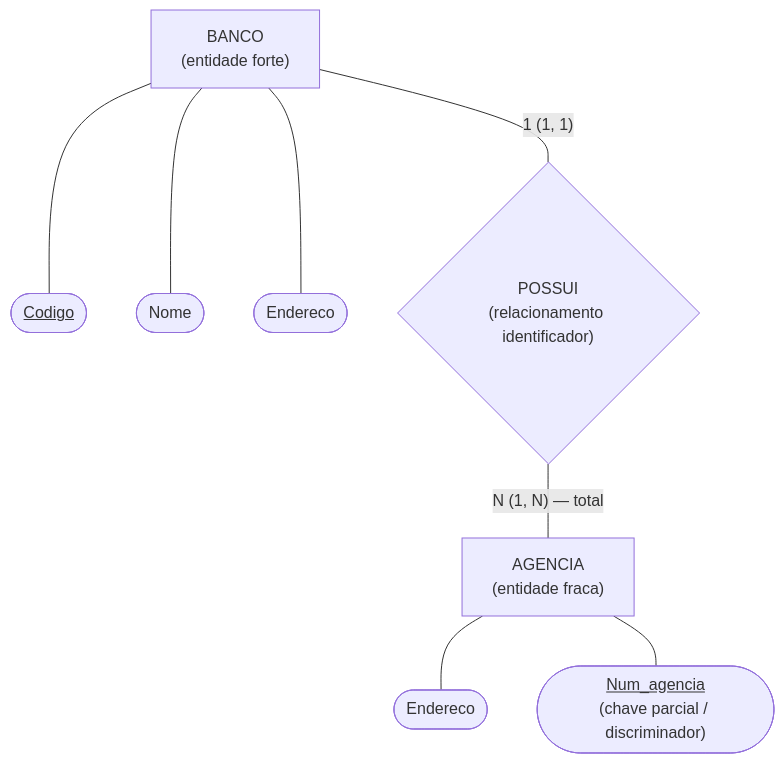
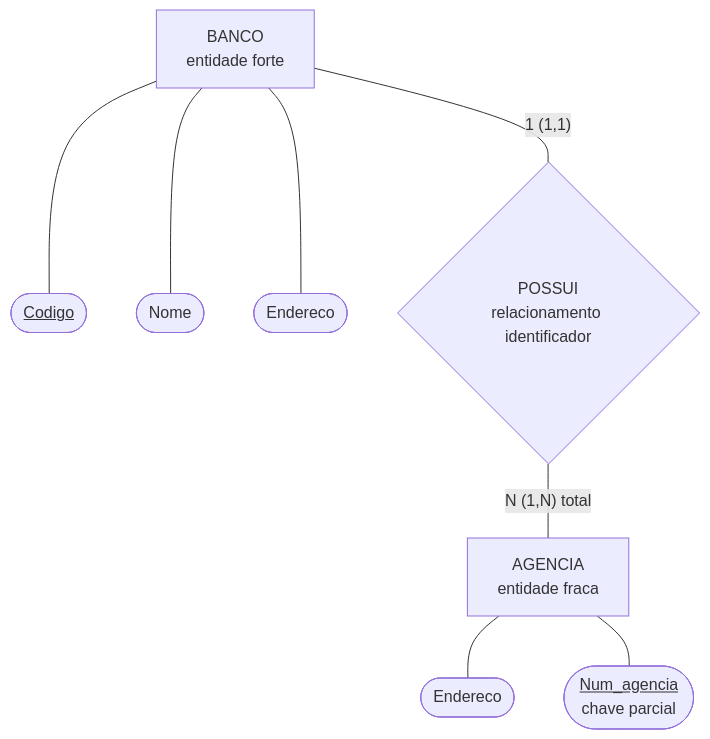
The first of 5 diagrams in 02. Modelagem de Dados/07. Modelo de entidades e relacionamentos estendido.md (leorruas/puc), drawn with Mermaid before and after one commit. The commit also changed other lines of this file, not shown here.

Commit message:
Normaliza Mermaid do modelo entidade-relacionamento estendido

````diff
--- a/02. Modelagem de Dados/07. Modelo de entidades e relacionamentos estendido.md
+++ b/02. Modelagem de Dados/07. Modelo de entidades e relacionamentos estendido.md
@@ -65,20 +65,19 @@
 ```mermaid
 flowchart TD
-    Banco["BANCO<br>(entidade forte)"]
-    CodBanco(["<u>Codigo</u>"])
-    NomeBanco(["Nome"])
-    EndBanco(["Endereco"])
+    Banco["BANCO<br>entidade forte"]:::core
+    Codigo(["<u>Codigo</u>"]):::data
+    Nome(["Nome"]):::data
+    Endereco(["Endereco"]):::data
+    Possui{"POSSUI<br>relacionamento identificador"}:::component
+    Agencia["AGENCIA<br>entidade fraca"]:::warning
+    EndAgencia(["Endereco"]):::data
+    Numero(["<u>Num_agencia</u><br>chave parcial"]):::data
 
-    Banco --- CodBanco
-    Banco --- NomeBanco
-    Banco --- EndBanco
-
-    Banco ---|"1 (1, 1)"| RelPossui{"POSSUI<br>(relacionamento identificador)"}
-    RelPossui ---|"N (1, N) — total"| Agencia["AGENCIA<br>(entidade fraca)"]
-
-    EndAgencia(["Endereco"])
-    NumAgencia(["<u>Num_agencia</u><br>(chave parcial / discriminador)"])
-
+    Banco --- Codigo
+    Banco --- Nome
+    Banco --- Endereco
+    Banco ---|"1 (1,1)"| Possui
+    Possui ---|"N (1,N) total"| Agencia
     Agencia --- EndAgencia
-    Agencia --- NumAgencia
+    Agencia --- Numero
 ```
````
